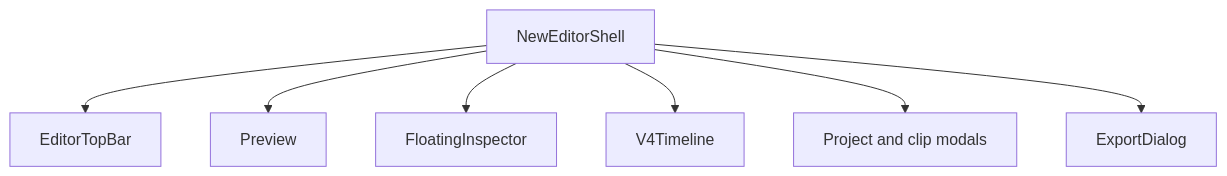
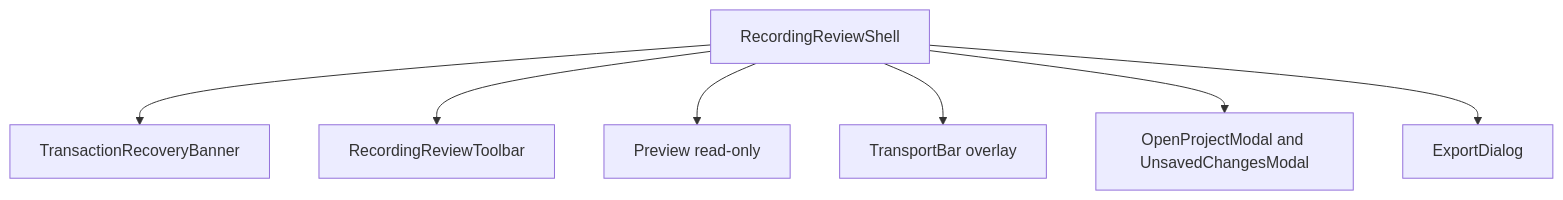
One commit to oEdyb/record changed the diagram in technical-documentation/architecture/editor-shell.md. Above: the diagram before and after it, drawn with Mermaid. The commit also changed other lines of this file and 125 other files, not shown here.

First line of the commit message:
Make the review window the only shell and archive the editor UI

````diff
--- a/technical-documentation/architecture/editor-shell.md
+++ b/technical-documentation/architecture/editor-shell.md
@@ -15,17 +14,17 @@
 ```mermaid
 flowchart TD
-    Shell[NewEditorShell]
-    Top[EditorTopBar]
-    Stage[Preview]
-    Inspector[FloatingInspector]
-    Timeline[V4Timeline]
-    Modals[Project and clip modals]
+    Shell[RecordingReviewShell]
+    Banner[TransactionRecoveryBanner]
+    Toolbar[RecordingReviewToolbar]
+    Stage[Preview read-only]
+    Transport[TransportBar overlay]
+    Modals[OpenProjectModal and UnsavedChangesModal]
     Export[ExportDialog]
 
-    Shell --> Top
+    Shell --> Banner
+    Shell --> Toolbar
     Shell --> Stage
-    Shell --> Inspector
-    Shell --> Timeline
+    Shell --> Transport
     Shell --> Modals
     Shell --> Export
 ```
````
